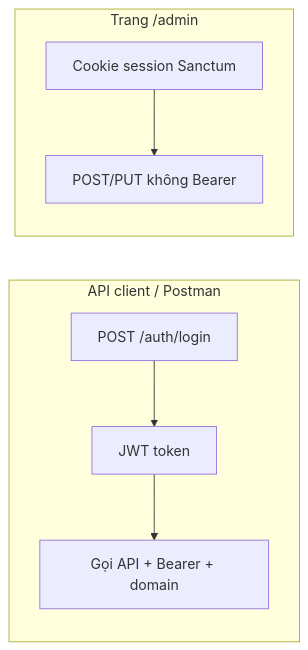
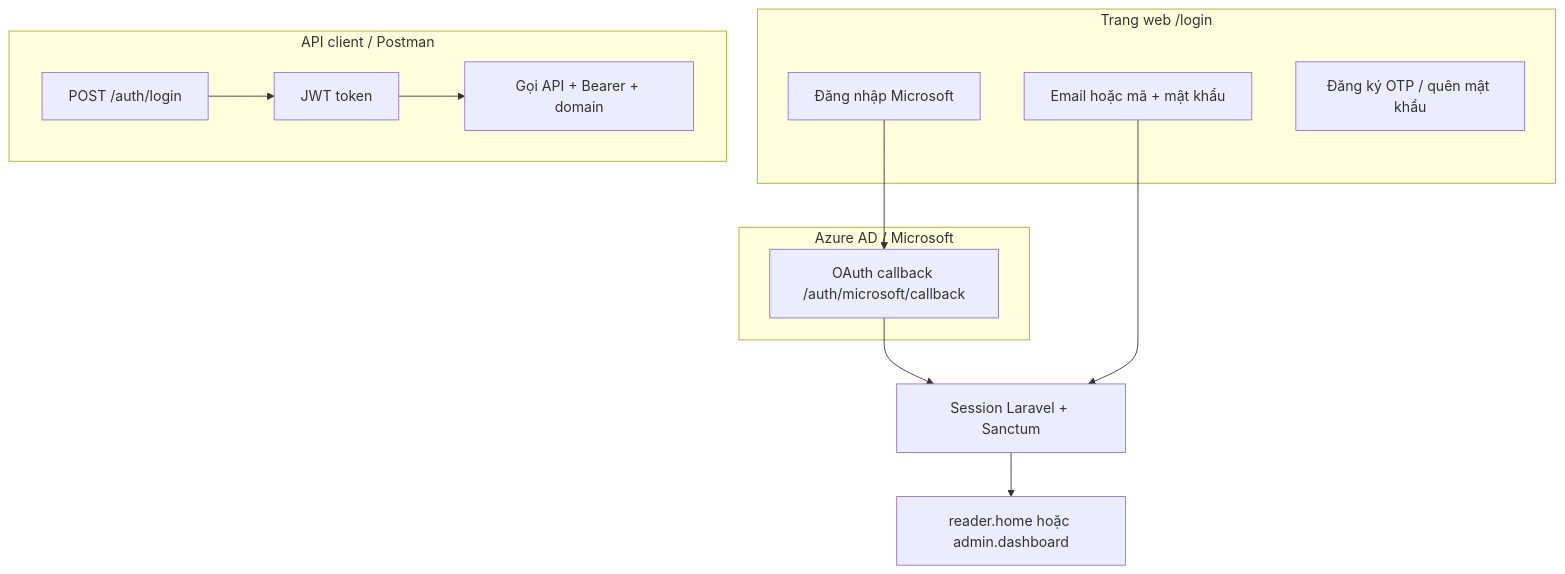
The second of 2 diagrams in README.md (TAAgnes3110/UTC-eLibrary), drawn with Mermaid before and after one commit. The commit also changed other lines of this file and 2 other files, not shown here.

First line of the commit message:
docs: bổ sung hướng dẫn Microsoft OAuth và cập nhật README

````diff
--- a/README.md
+++ b/README.md
@@ -247,10 +250,18 @@
 ```mermaid
-flowchart LR
+flowchart TB
+    subgraph Web["Trang web /login"]
+        E[Email hoặc mã + mật khẩu]
+        M[Đăng nhập Microsoft]
+        O[Đăng ký OTP / quên mật khẩu]
+    end
+    subgraph MS["Azure AD / Microsoft"]
+        M --> AZ[OAuth callback /auth/microsoft/callback]
+    end
+    AZ --> S[Session Laravel + Sanctum]
+    E --> S
     subgraph API["API client / Postman"]
         L[POST /auth/login] --> T[JWT token]
         T --> R[Gọi API + Bearer + domain]
     end
-    subgraph Admin["Trang /admin"]
-        W[Cookie session Sanctum] --> S[POST/PUT không Bearer]
-    end
+    S --> RH[reader.home hoặc admin.dashboard]
 ```
````
